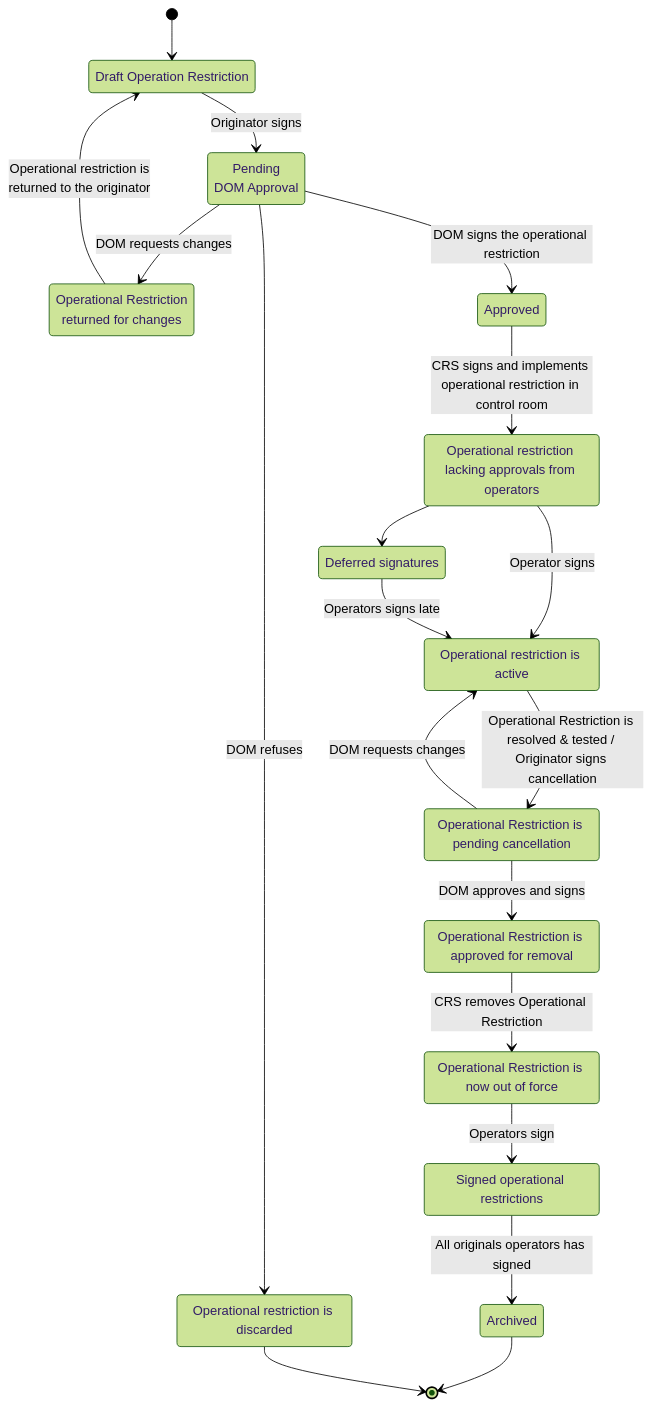
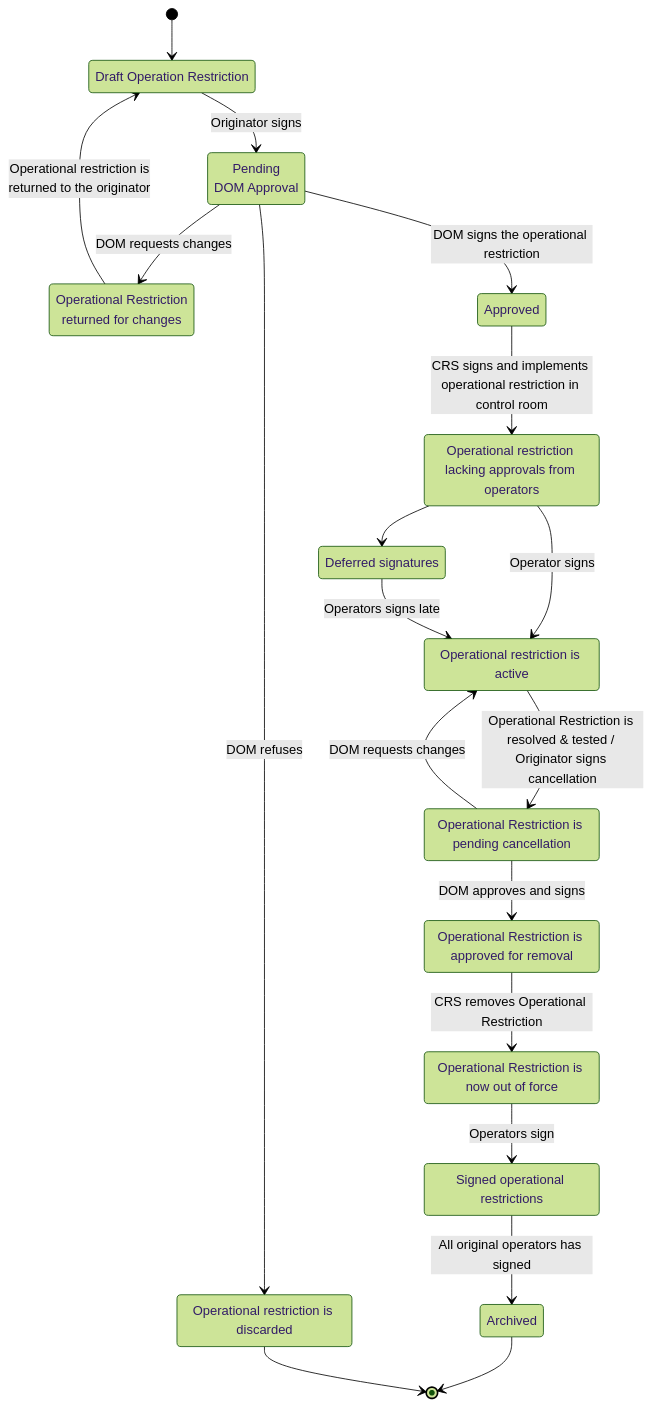
The diagram in diagrams/MET-C-001.mmd (aau-cph-sw5/case-c-operational-restrictions), drawn with Mermaid (forest theme) before and after one commit.

```diff
--- a/diagrams/MET-C-001.mmd
+++ b/diagrams/MET-C-001.mmd
@@ -1,35 +1,35 @@
 ---
 config:
   layout: dagre
 ---
 stateDiagram
   direction TB
   [*] --> DraftOR
   DraftOR --> PendingDOMApproval:Originator signs
   PendingDOMApproval --> CancelledRefused:DOM refuses
   PendingDOMApproval --> ReturnedForChanges:DOM requests changes
   ReturnedForChanges --> DraftOR:Operational restriction is <br>returned to the originator
   PendingDOMApproval --> Approved:DOM signs the operational restriction
   Approved --> UnsignedImpl:CRS signs and implements <br>operational restriction in control room
   UnsignedImpl --> SignedImpl:Operator signs
   UnsignedImpl --> SignatureDeferred
   SignatureDeferred --> SignedImpl:Operators signs late
   SignedImpl --> PendingCancellation:Operational Restriction is resolved & tested / Originator signs cancellation
   PendingCancellation --> SignedImpl:DOM requests changes
   PendingCancellation --> CancellationApproved:DOM approves and signs
   CancellationApproved --> OutOfForce:CRS removes Operational Restriction
   OutOfForce --> SignedCancel:Operators sign
-  SignedCancel --> Archived:All originals operators has signed
+  SignedCancel --> Archived:All original operators has signed
   Archived --> [*]
   CancelledRefused --> [*]
   DraftOR:Draft Operation Restriction
   PendingDOMApproval:Pending<br>DOM Approval
   CancelledRefused:Operational restriction is discarded
   ReturnedForChanges:Operational Restriction <br>returned for changes
   UnsignedImpl:Operational restriction <br>lacking approvals from operators
   SignedImpl:Operational restriction is active
   SignatureDeferred:Deferred signatures
   PendingCancellation:Operational Restriction is pending cancellation
   CancellationApproved:Operational Restriction is approved for removal
   OutOfForce:Operational Restriction is now out of force
   SignedCancel:Signed operational restrictions
```
